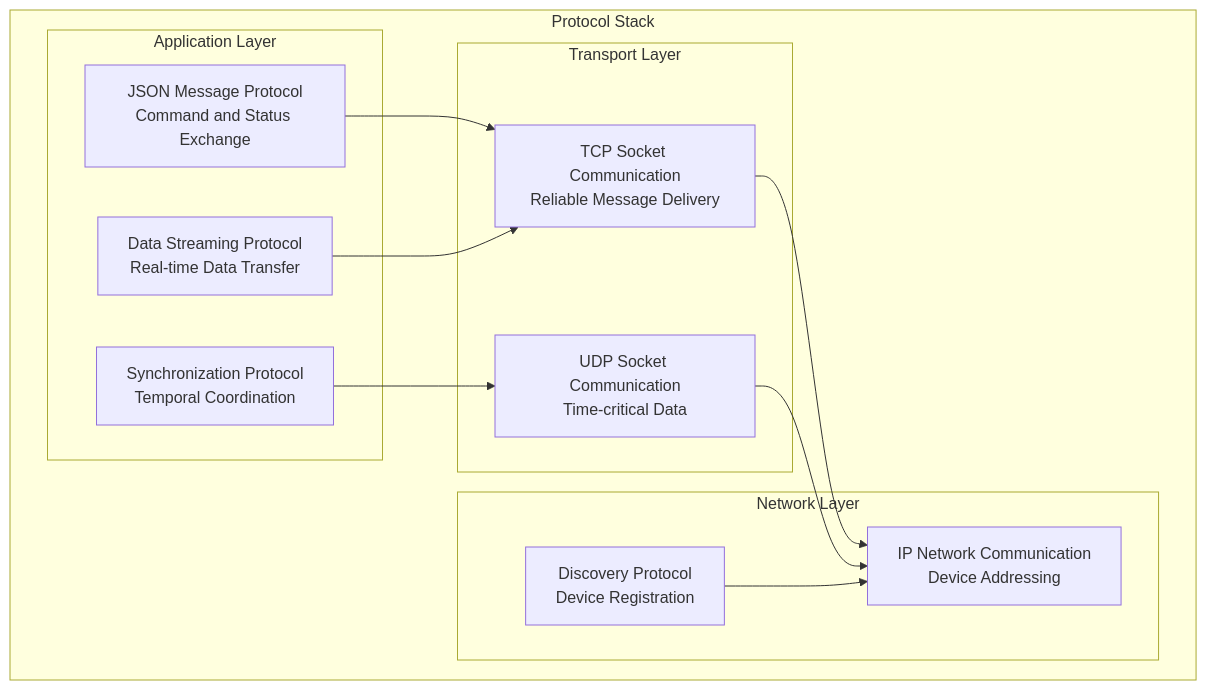
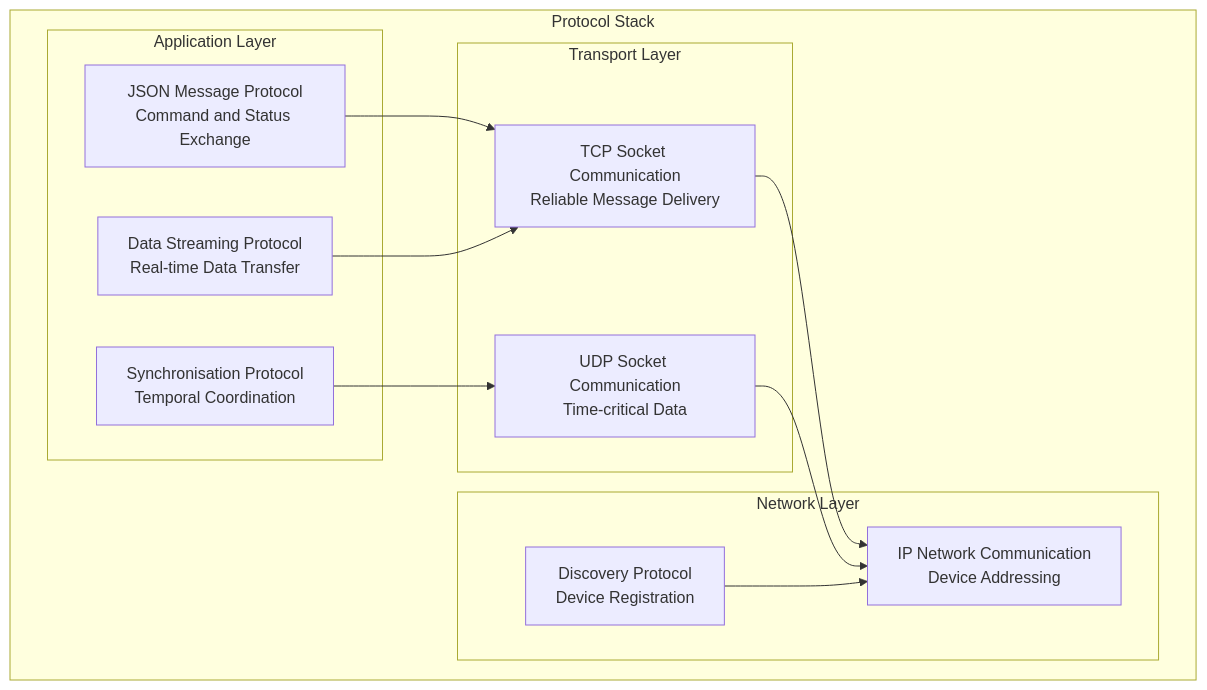
Before and after one commit to buccancs/fyp-multi-sensor-recording-system: the first of 2 diagrams in docs/module_deep_dive/networking_protocol_readme.md, drawn with Mermaid. The commit also changed other lines of this file and 56 other files, not shown here.

````diff
--- a/docs/module_deep_dive/networking_protocol_readme.md
+++ b/docs/module_deep_dive/networking_protocol_readme.md
@@ -25,27 +25,27 @@
 ```mermaid
 graph TB
     subgraph "Protocol Stack"
         subgraph "Application Layer"
             JSON[JSON Message Protocol<br/>Command and Status Exchange]
-            SYNC[Synchronization Protocol<br/>Temporal Coordination]
+            SYNC[Synchronisation Protocol<br/>Temporal Coordination]
             STREAM[Data Streaming Protocol<br/>Real-time Data Transfer]
         end
         
         subgraph "Transport Layer"
             TCP[TCP Socket Communication<br/>Reliable Message Delivery]
             UDP[UDP Socket Communication<br/>Time-critical Data]
         end
         
         subgraph "Network Layer"
             IP[IP Network Communication<br/>Device Addressing]
             DISC[Discovery Protocol<br/>Device Registration]
         end
     end
     
     JSON --> TCP
     SYNC --> UDP
     STREAM --> TCP
     TCP --> IP
     UDP --> IP
     DISC --> IP
 ```
````
